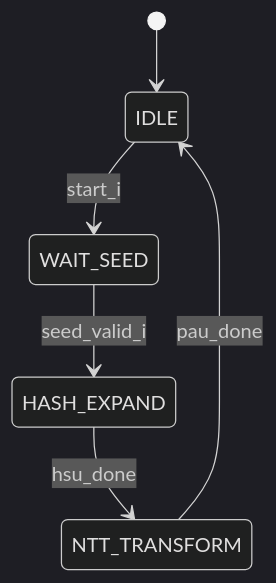
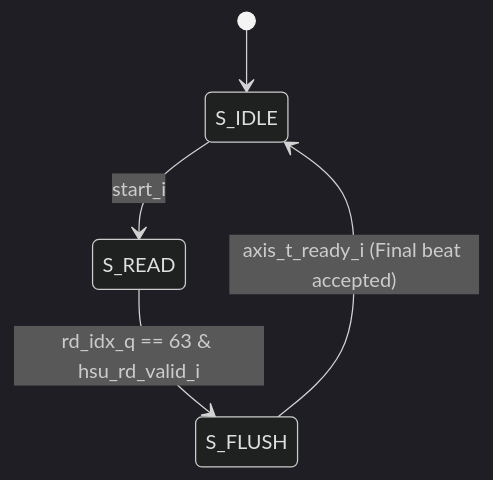
Before and after one commit to QREM-CORE/qrem-docs: the diagram in hash-sampler-unit/fsm-states.md, drawn with Mermaid (dark theme). The commit also changed other lines of this file and 3 other files, not shown here.

First line of the commit message:
docs(hsu): add comprehensive Hash Sampler Unit documentation (#1)

````diff
--- a/hash-sampler-unit/fsm-states.md
+++ b/hash-sampler-unit/fsm-states.md
@@ -10,8 +7,7 @@
 ```mermaid
 stateDiagram-v2
-    [*] --> IDLE
-    IDLE --> WAIT_SEED : start_i
-    WAIT_SEED --> HASH_EXPAND : seed_valid_i
-    HASH_EXPAND --> NTT_TRANSFORM : hsu_done
-    NTT_TRANSFORM --> IDLE : pau_done
+    [*] --> S_IDLE
+    S_IDLE --> S_READ : start_i
+    S_READ --> S_FLUSH : rd_idx_q == 63 & hsu_rd_valid_i
+    S_FLUSH --> S_IDLE : axis_t_ready_i (Final beat accepted)
 ```
````
